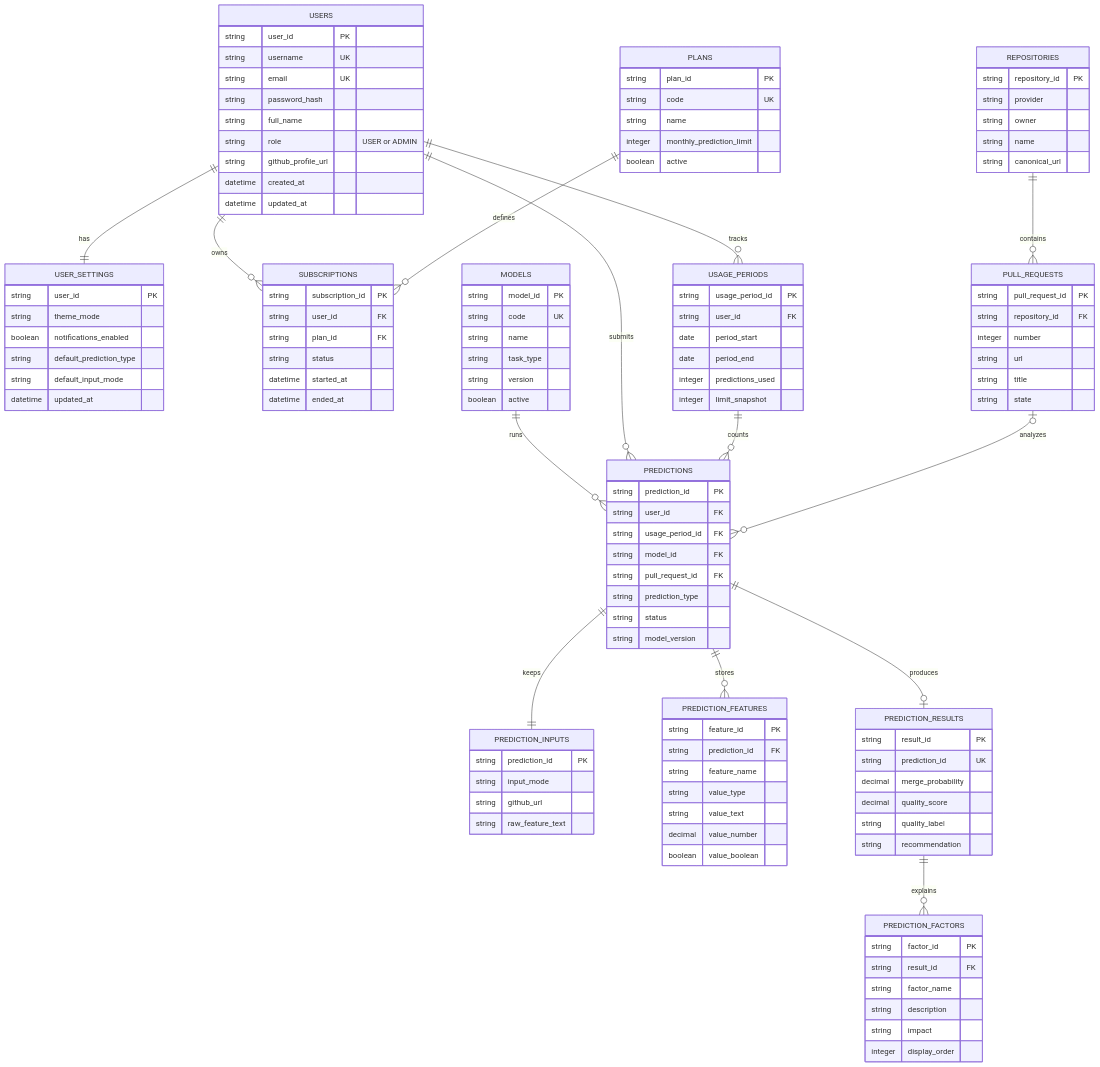
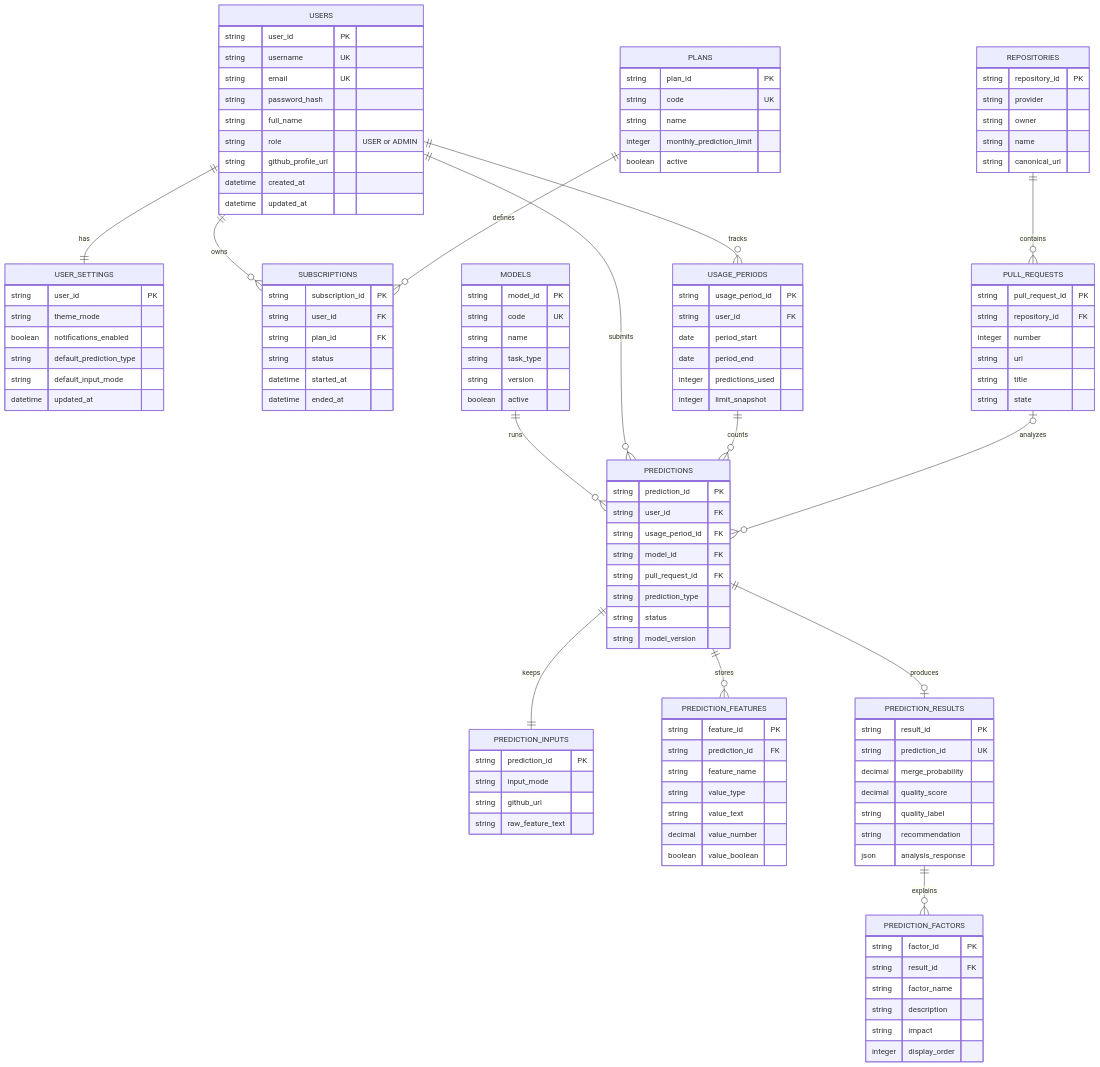
The diagram in ER_DIAGRAM.md (AniruddhoRoy/PR_predictor_v2-backend), drawn with Mermaid before and after one commit. The commit also changed 14 other files, not shown here.

```diff
--- a/ER_DIAGRAM.md
+++ b/ER_DIAGRAM.md
@@ -115,6 +115,7 @@
         decimal quality_score
         string quality_label
         string recommendation
+        json analysis_response
     }
     PREDICTION_FACTORS {
         string factor_id PK
```
